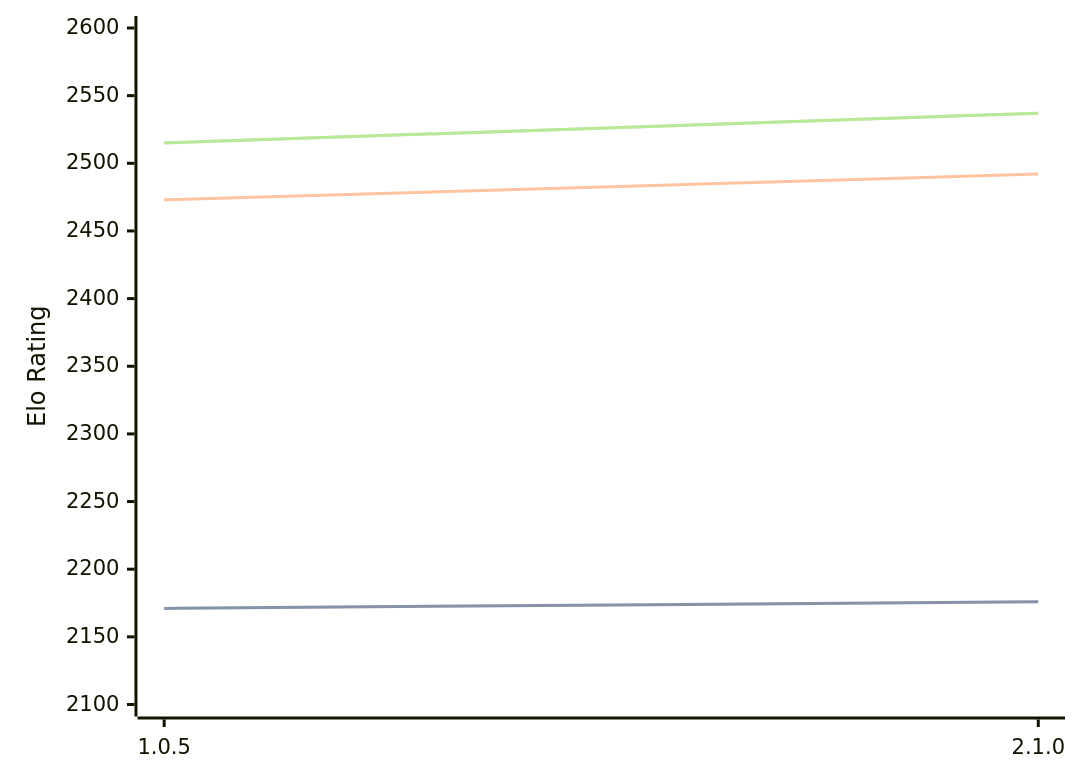
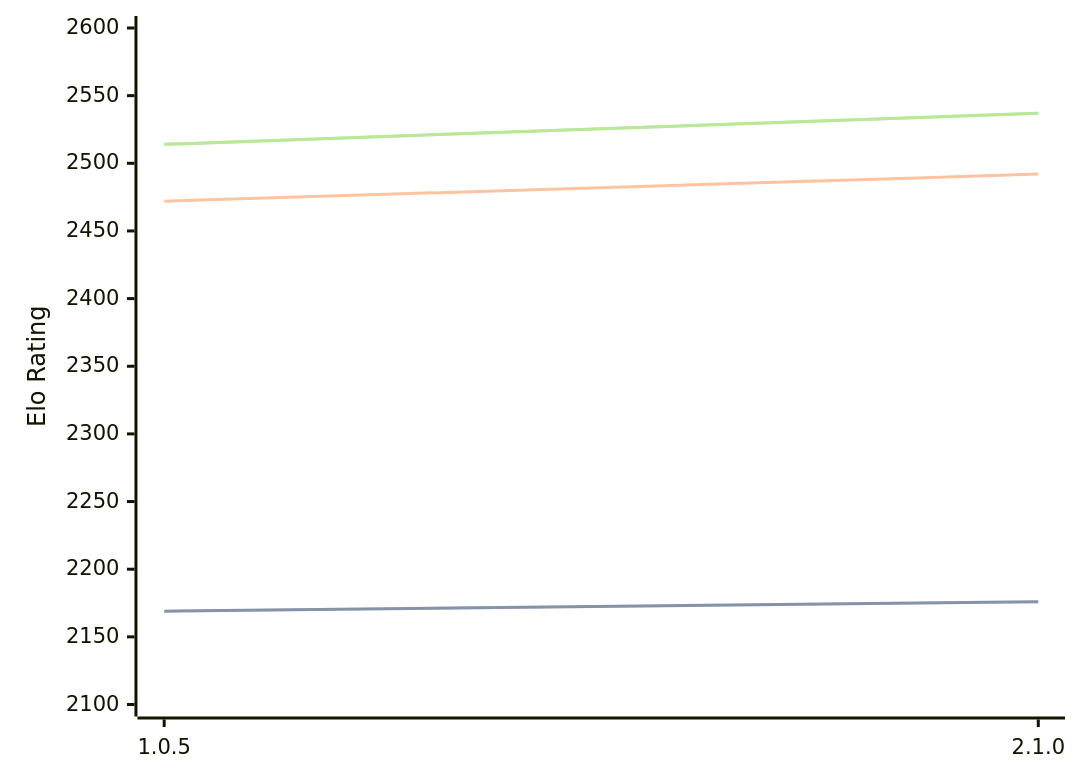
Before and after one commit to computer-chess-index/cci: the diagram in engines/Ruffian.md, drawn with Mermaid. The commit also changed other lines of this file, not shown here.

Commit message:
Update CCI Ratings (ELO VLTC) - 2026-04-06

````diff
--- a/engines/Ruffian.md
+++ b/engines/Ruffian.md
@@ -32,11 +32,11 @@
 ```mermaid
 %%{init: {"theme":"base","themeVariables":{"seriesColors:['#a3a3a3','#222221','#faa371']}}}%%
 xychart-beta
   x-axis ["1.0.5", "2.1.0"]
   y-axis "Elo Rating" 2100 --> 2600
-  line "STC (8.0+0.08s)" [2171, 2176]
-  line "STC (8.0+0.08s)" [2171, 2176]
-  line "LTC (60.0+0.60s)" [2473, 2492]
-  line "VLTC (2m24s+1.12s)" [2515, 2537]
-  line "VLTC (2m24s+1.12s)" [2515, 2537]
+  line "STC (8.0+0.08s)" [2169, 2176]
+  line "STC (8.0+0.08s)" [2169, 2176]
+  line "LTC (60.0+0.60s)" [2472, 2492]
+  line "VLTC (2m24s+1.12s)" [2514, 2537]
+  line "VLTC (2m24s+1.12s)" [2514, 2537]
 ```
````
